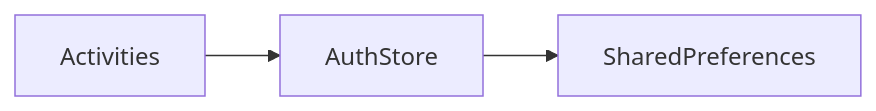
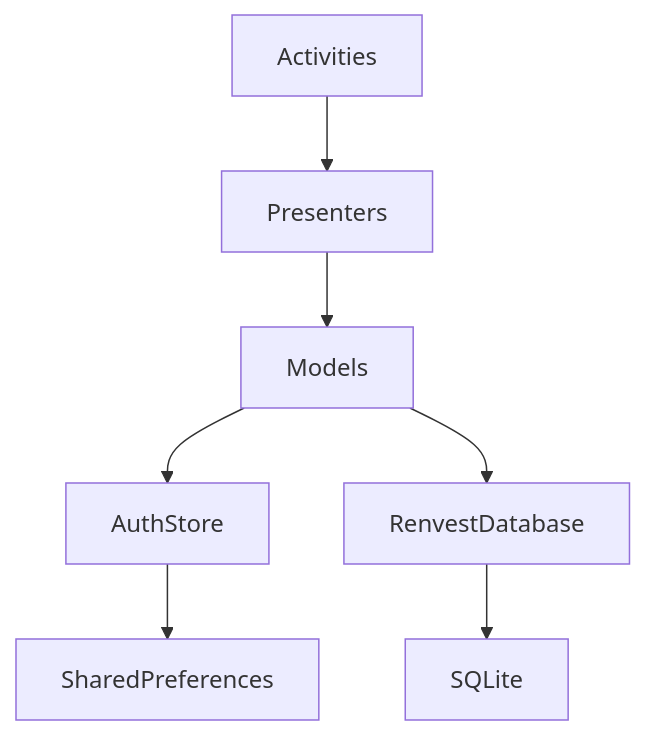
The diagram in docs/architecture.md (gael55x/Renvest-mobile), drawn with Mermaid before and after one commit. The commit also changed other lines of this file and 1 other file, not shown here.

First line of the commit message:
docs(architecture): document local-first MVP data flow

````diff
--- a/docs/architecture.md
+++ b/docs/architecture.md
@@ -9,8 +9,16 @@
 ```mermaid
-flowchart LR
-  Screens[Activities]
-  Repo[AuthStore]
+flowchart TB
+  Act[Activities]
+  Pres[Presenters]
+  Mod[Models]
+  Auth[AuthStore]
   Prefs[SharedPreferences]
-  Screens --> Repo
-  Repo --> Prefs
+  Db[RenvestDatabase]
+  Sql[SQLite]
+  Act --> Pres
+  Pres --> Mod
+  Mod --> Auth
+  Mod --> Db
+  Auth --> Prefs
+  Db --> Sql
 ```
````
